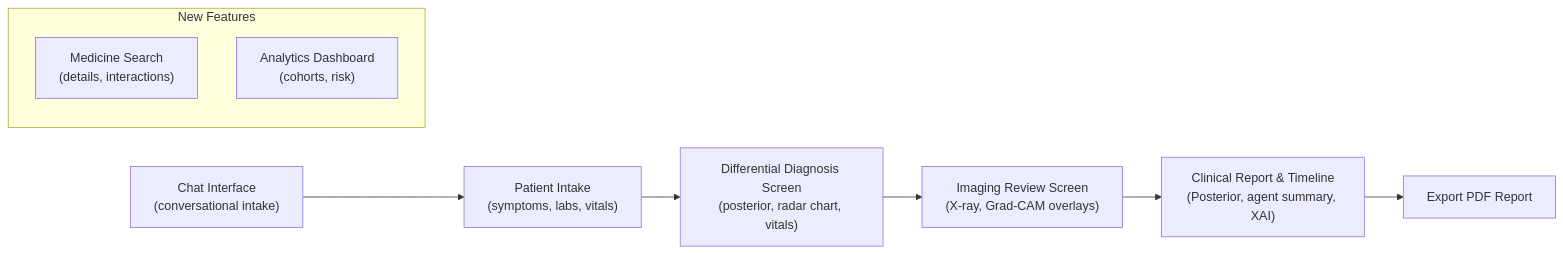
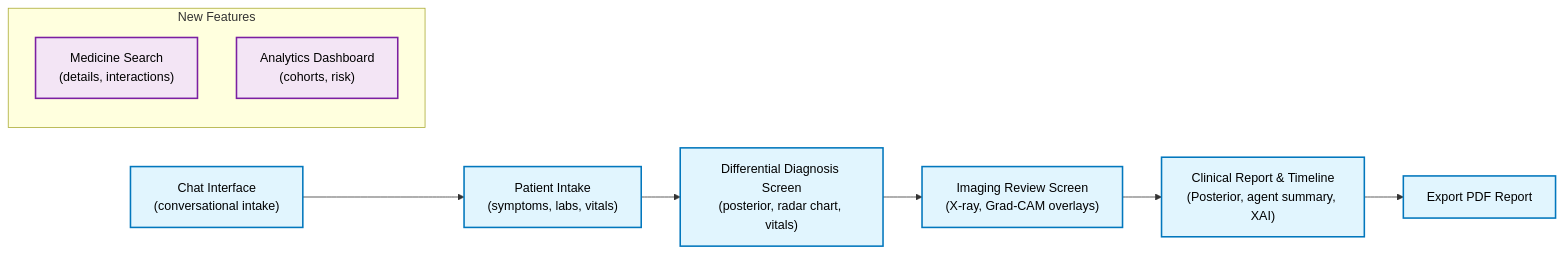
The second of 4 diagrams in README.md (anaslari23/Multi-Modal-Health-AI-Agent-Guide), drawn with Mermaid before and after one commit. The commit also changed other lines of this file and 4 other files, not shown here.

Commit message:
feat: Introduce fine-tuned medical LLM, update architecture diagrams, and add new reports.

````diff
--- a/README.md
+++ b/README.md
@@ -61,13 +70,18 @@
 ```mermaid
 flowchart LR
-    Chat["Chat Interface\n(conversational intake)"] --> Intake["Patient Intake\n(symptoms, labs, vitals)"]
-    Intake --> DDX["Differential Diagnosis Screen\n(posterior, radar chart, vitals)"]
-    DDX --> Imaging["Imaging Review Screen\n(X-ray, Grad-CAM overlays)"]
-    Imaging --> Report["Clinical Report & Timeline\n(Posterior, agent summary, XAI)"]
-    Report --> Export["Export PDF Report"]
+    %% Define Styles
+    classDef default fill:#fff,stroke:#333,stroke-width:1px;
+    classDef newFeature fill:#F3E5F5,stroke:#7B1FA2,stroke-width:2px,color:#000;
+    classDef core fill:#E1F5FE,stroke:#0277BD,stroke-width:2px,color:#000;
+
+    Chat["Chat Interface\n(conversational intake)"]:::core --> Intake["Patient Intake\n(symptoms, labs, vitals)"]:::core
+    Intake --> DDX["Differential Diagnosis Screen\n(posterior, radar chart, vitals)"]:::core
+    DDX --> Imaging["Imaging Review Screen\n(X-ray, Grad-CAM overlays)"]:::core
+    Imaging --> Report["Clinical Report & Timeline\n(Posterior, agent summary, XAI)"]:::core
+    Report --> Export["Export PDF Report"]:::core
     
     subgraph New Features
-        Search["Medicine Search\n(details, interactions)"]
-        Analytics["Analytics Dashboard\n(cohorts, risk)"]
+        Search["Medicine Search\n(details, interactions)"]:::newFeature
+        Analytics["Analytics Dashboard\n(cohorts, risk)"]:::newFeature
     end
 ```
````
